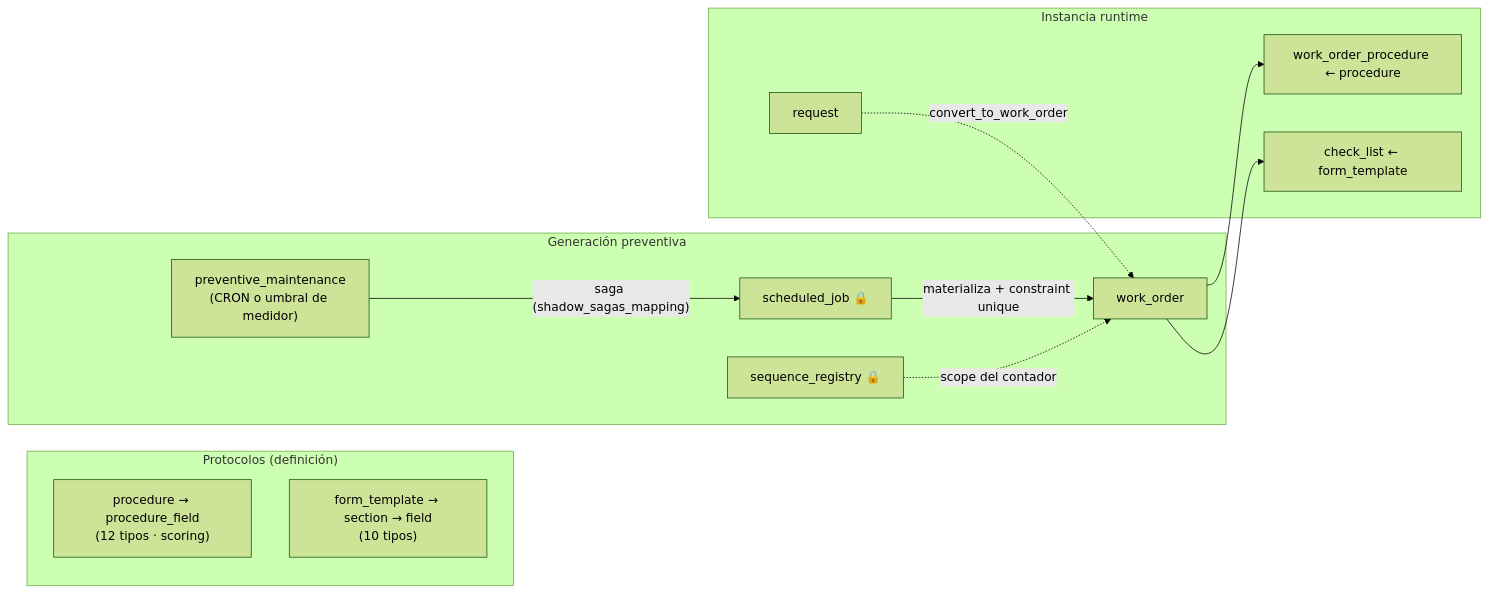
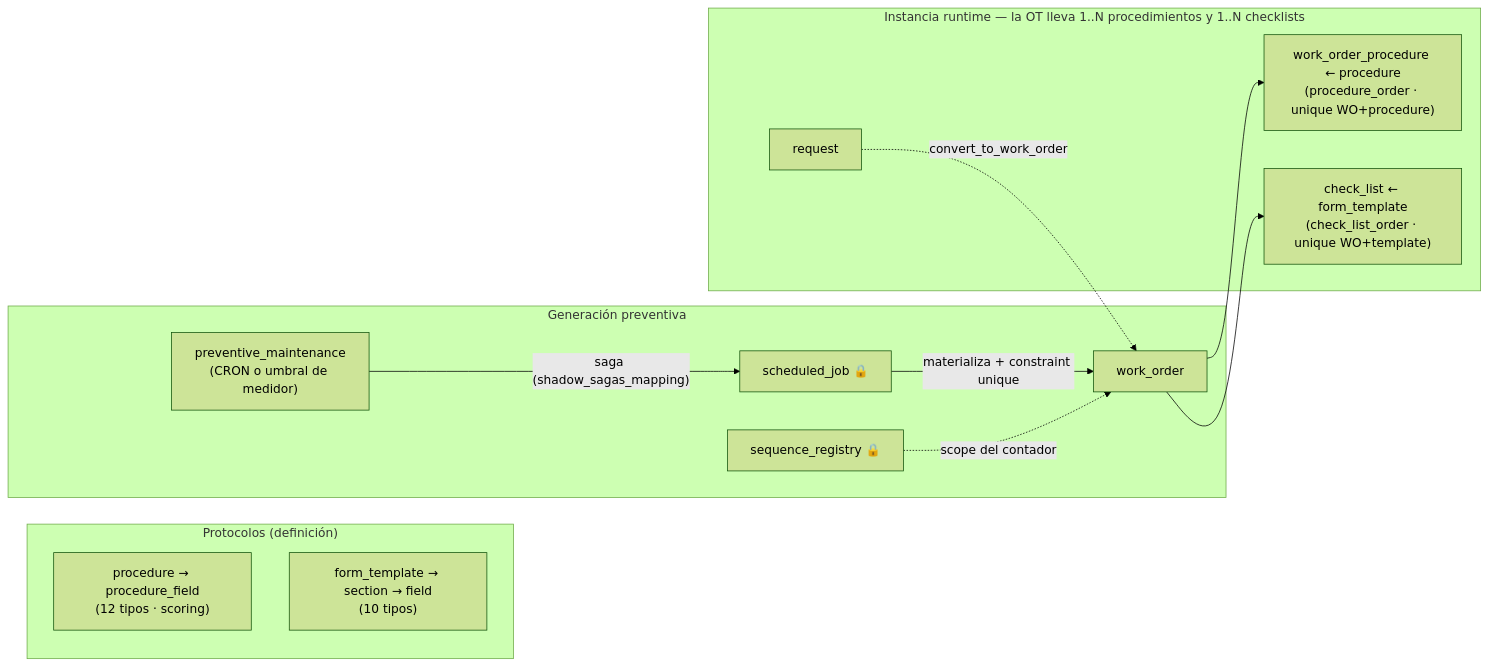
The third of 5 diagrams in docs/reference/diagrama-modelo-datos.md (metritechnology/metri-engine), drawn with Mermaid (forest theme) before and after one commit. The commit also changed other lines of this file and 6 other files, not shown here.

First line of the commit message:
feat(modelos): la OT lleva 1..N procedimientos y 1..N checklists

````diff
--- a/docs/reference/diagrama-modelo-datos.md
+++ b/docs/reference/diagrama-modelo-datos.md
@@ -127,20 +127,20 @@
 ```mermaid
 flowchart LR
     subgraph DEFS["Protocolos (definición)"]
         PR["procedure → procedure_field<br/>(12 tipos · scoring)"]
         FT["form_template → section → field<br/>(10 tipos)"]
     end
 
     subgraph GEN["Generación preventiva"]
         PM["preventive_maintenance<br/>(CRON o umbral de medidor)"]
         PM -->|"saga (shadow_sagas_mapping)"| SJ["scheduled_job 🔒"]
         SJ -->|"materializa + constraint unique"| WO2["work_order"]
         SEQ["sequence_registry 🔒"] -.->|"scope del contador"| WO2
     end
 
-    subgraph RUN["Instancia runtime"]
-        WO2 --> WPR2["work_order_procedure ← procedure"]
-        WO2 --> CL2["check_list ← form_template"]
+    subgraph RUN["Instancia runtime — la OT lleva 1..N procedimientos y 1..N checklists"]
+        WO2 --> WPR2["work_order_procedure ← procedure<br/>(procedure_order · unique WO+procedure)"]
+        WO2 --> CL2["check_list ← form_template<br/>(check_list_order · unique WO+template)"]
         REQ2["request"] -.->|"convert_to_work_order"| WO2
     end
 ```
````
